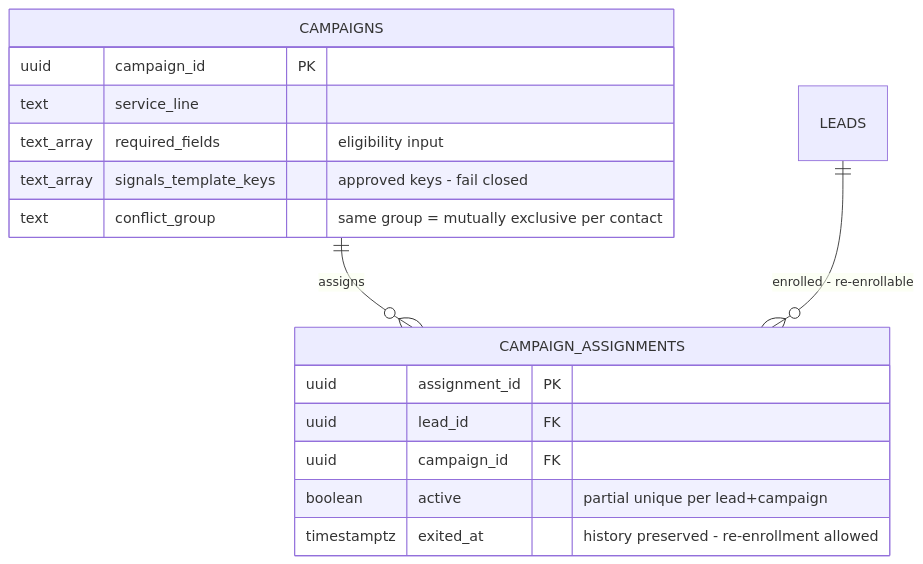
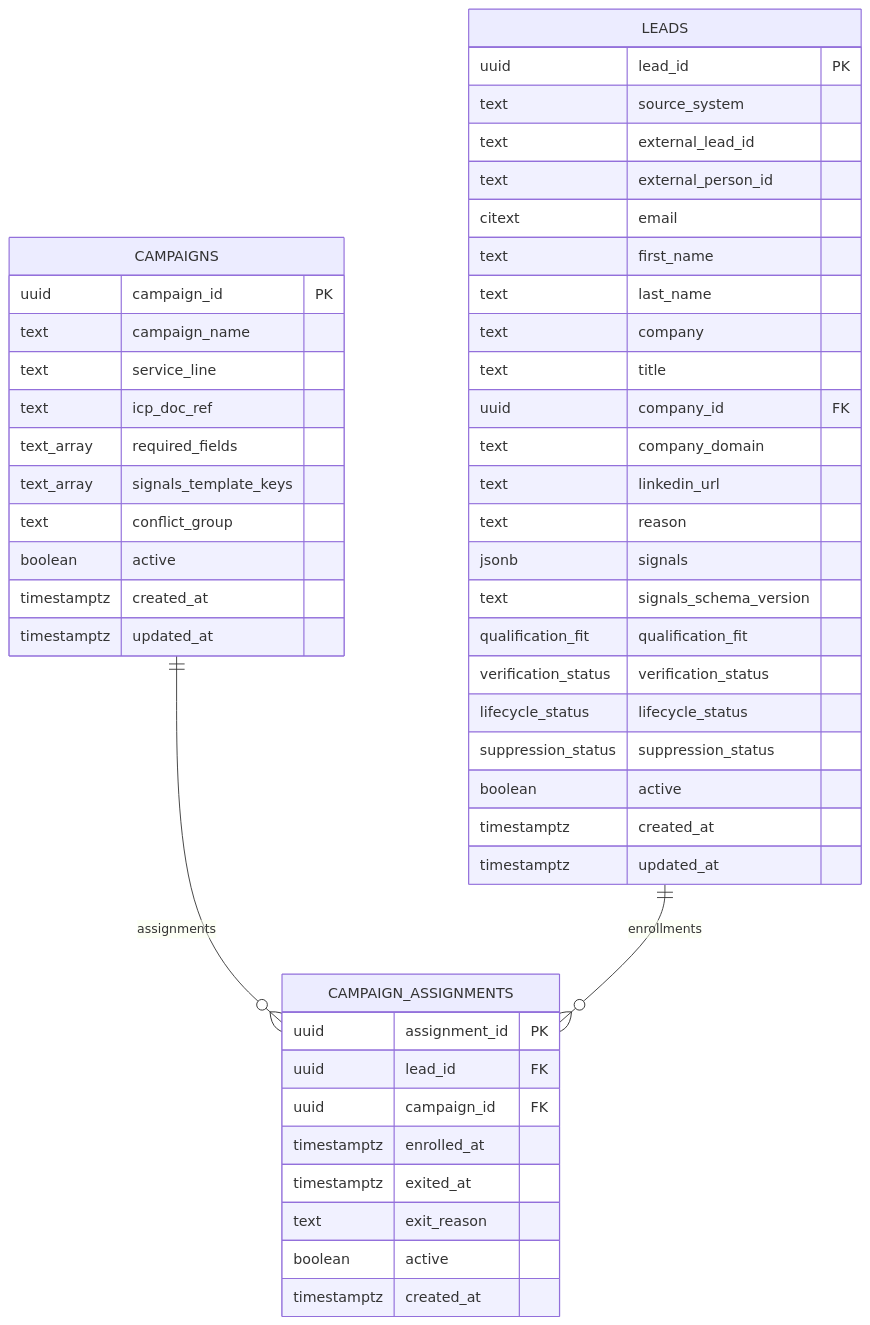
Before and after one commit to shilpaskmc-design/skmc-cold-email: the second of 7 diagrams in docs/database-schema.md, drawn with Mermaid. The commit also changed other lines of this file, not shown here.

First line of the commit message:
docs(database): complete all six Mermaid ER diagrams

````diff
--- a/docs/database-schema.md
+++ b/docs/database-schema.md
@@ -744,19 +780,51 @@
 ```mermaid
 erDiagram
-    CAMPAIGNS ||--o{ CAMPAIGN_ASSIGNMENTS : assigns
-    LEADS ||--o{ CAMPAIGN_ASSIGNMENTS : "enrolled - re-enrollable"
+    CAMPAIGNS ||--o{ CAMPAIGN_ASSIGNMENTS : assignments
+    LEADS ||--o{ CAMPAIGN_ASSIGNMENTS : enrollments
     CAMPAIGNS {
         uuid campaign_id PK
+        text campaign_name
         text service_line
-        text_array required_fields "eligibility input"
-        text_array signals_template_keys "approved keys - fail closed"
-        text conflict_group "same group = mutually exclusive per contact"
+        text icp_doc_ref
+        text_array required_fields
+        text_array signals_template_keys
+        text conflict_group
+        boolean active
+        timestamptz created_at
+        timestamptz updated_at
     }
     CAMPAIGN_ASSIGNMENTS {
         uuid assignment_id PK
         uuid lead_id FK
         uuid campaign_id FK
-        boolean active "partial unique per lead+campaign"
-        timestamptz exited_at "history preserved - re-enrollment allowed"
+        timestamptz enrolled_at
+        timestamptz exited_at
+        text exit_reason
+        boolean active
+        timestamptz created_at
+    }
+    LEADS {
+        uuid lead_id PK
+        text source_system
+        text external_lead_id
+        text external_person_id
+        citext email
+        text first_name
+        text last_name
+        text company
+        text title
+        uuid company_id FK
+        text company_domain
+        text linkedin_url
+        text reason
+        jsonb signals
+        text signals_schema_version
+        qualification_fit qualification_fit
+        verification_status verification_status
+        lifecycle_status lifecycle_status
+        suppression_status suppression_status
+        boolean active
+        timestamptz created_at
+        timestamptz updated_at
     }
 ```
````
